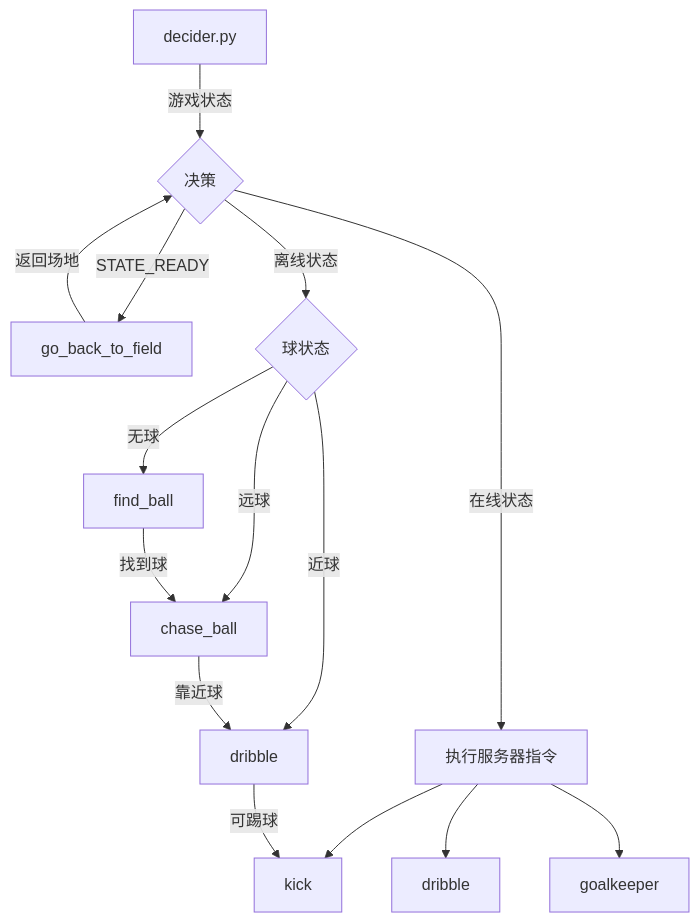
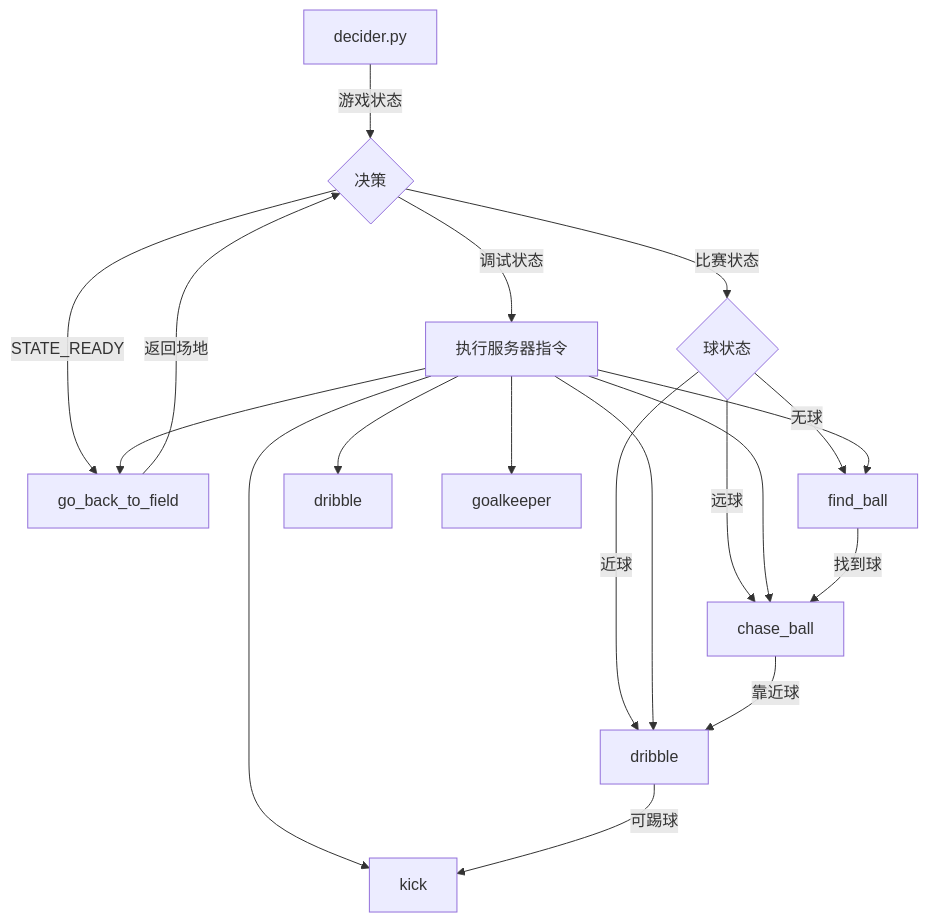
One commit to Horizonll/MOS-Brain changed the second of 2 diagrams in decider/client/messages_and_statemachines/messages_and_statemachines.md. Above: the diagram before and after it, drawn with Mermaid. The commit also changed other lines of this file, not shown here.

````diff
--- a/decider/client/messages_and_statemachines/messages_and_statemachines.md
+++ b/decider/client/messages_and_statemachines/messages_and_statemachines.md
@@ -219,18 +249,22 @@
 ```mermaid
 graph TD
     A[decider.py] -->|游戏状态| B{决策}
     B -->|STATE_READY| C[go_back_to_field]
-    B -->|离线状态| D{球状态}
+    B -->|比赛状态| D{球状态}
     D -->|无球| E[find_ball]
     D -->|远球| F[chase_ball]
     D -->|近球| G[dribble]
-    B -->|在线状态| H[执行服务器指令]
+    B -->|调试状态| H[执行服务器指令]
+    H --> C
+    H --> E
+    H --> F
+    H --> G
     H --> I[kick]
     H --> J[dribble]
     H --> K[goalkeeper]
     
     F -->|靠近球| G
     E -->|找到球| F
     G -->|可踢球| I
     C -->|返回场地| B
 ```
````
